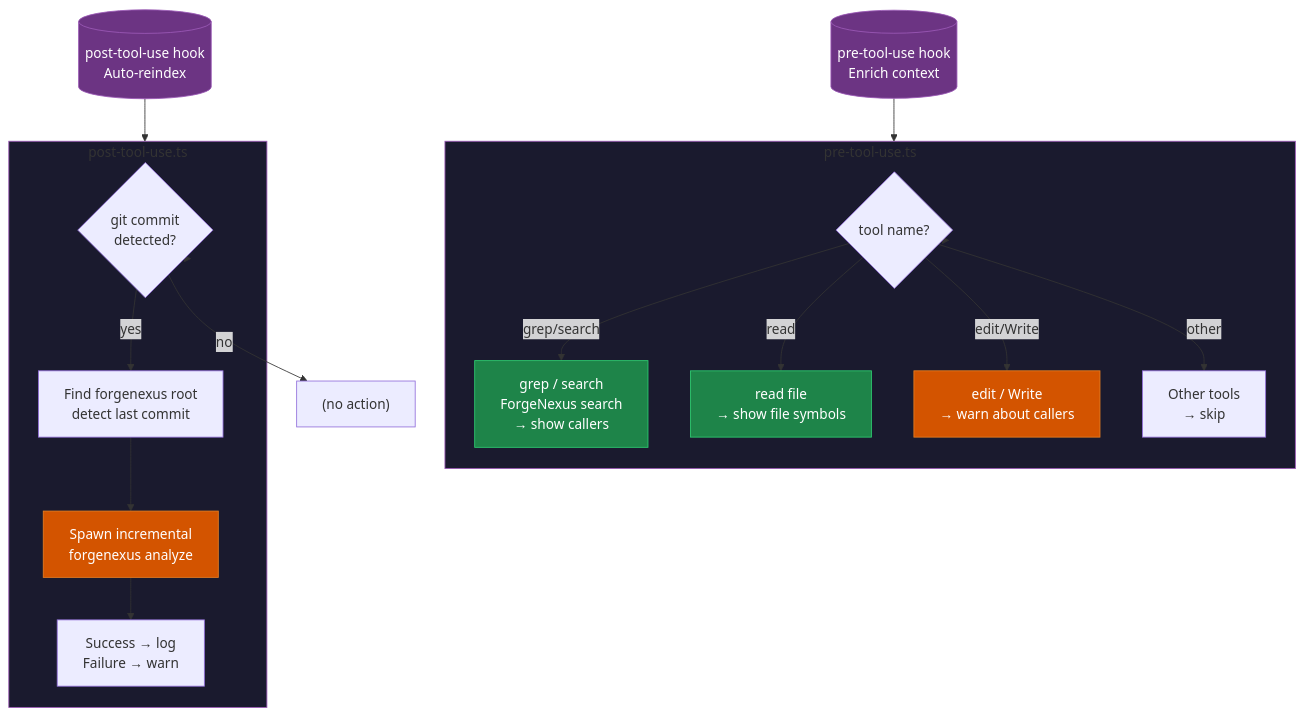
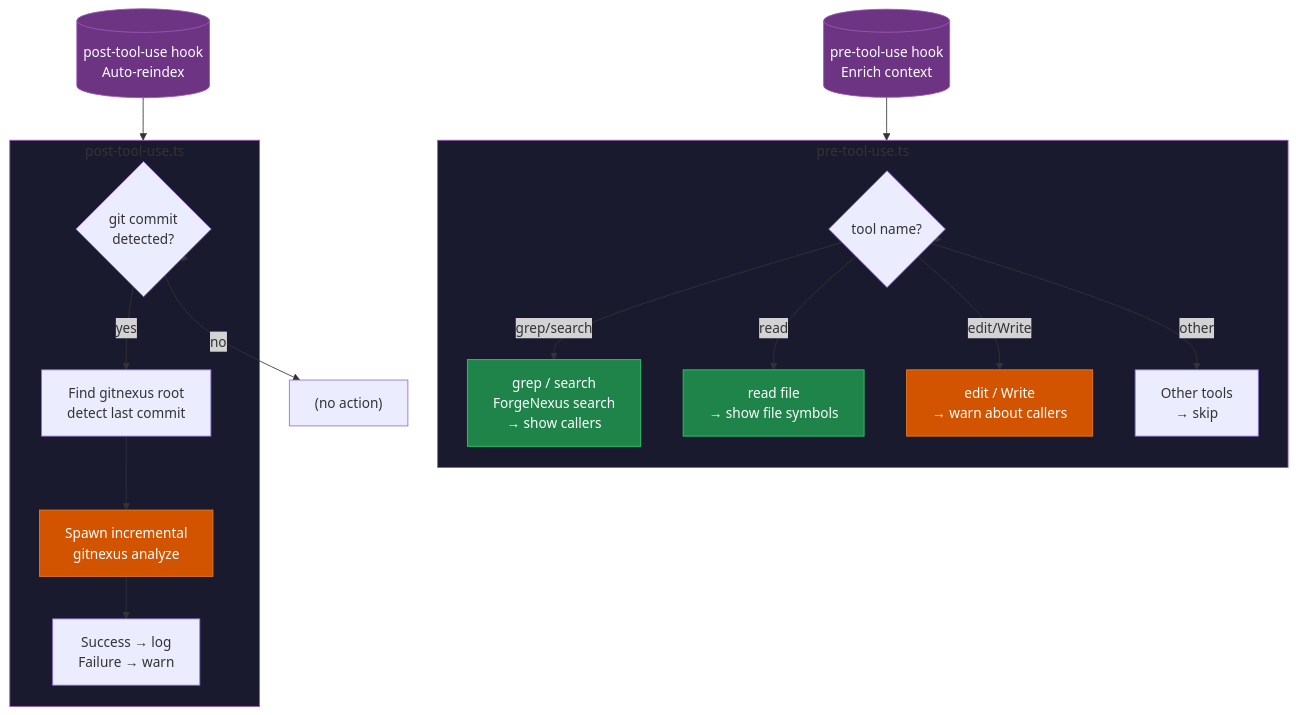
One commit to buiphucminhtam/forgewright changed diagram 13 of 15 in README.vi.md. Above: the diagram before and after it, drawn with Mermaid. The commit also changed other lines of this file and 10 other files, not shown here.

````diff
--- a/README.vi.md
+++ b/README.vi.md
@@ -635,41 +635,41 @@
 ```mermaid
 flowchart TD
     HOOK_PRE[("pre-tool-use hook<br/>Enrich context")]
     HOOK_POST[("post-tool-use hook<br/>Auto-reindex")]
 
     subgraph PRE_HOOK["pre-tool-use.ts"]
         T1{"tool name?"}
         T_GREP["grep / search<br/>ForgeNexus search<br/>→ show callers"]
         T_READ["read file<br/>→ show file symbols"]
         T_EDIT["edit / Write<br/>→ warn about callers"]
         T_SKIP["Other tools<br/>→ skip"]
     end
 
     subgraph POST_HOOK["post-tool-use.ts"]
         G1{"git commit<br/>detected?"}
-        G2["Find forgenexus root<br/>detect last commit"]
-        G3["Spawn incremental<br/>forgenexus analyze"]
+        G2["Find gitnexus root<br/>detect last commit"]
+        G3["Spawn incremental<br/>gitnexus analyze"]
         G4["Success → log<br/>Failure → warn"]
     end
 
     HOOK_PRE --> PRE_HOOK
     PRE_HOOK --> T1
     T1 --> |"grep/search"| T_GREP
     T1 --> |"read"| T_READ
     T1 --> |"edit/Write"| T_EDIT
     T1 --> |"other"| T_SKIP
 
     HOOK_POST --> POST_HOOK
     POST_HOOK --> G1
     G1 --> |"yes"| G2 --> G3 --> G4
     G1 --> |"no"| G_SKIP["(no action)"]
 
     style HOOK_PRE fill:#6c3483,stroke:#9b59b6,color:#fff
     style HOOK_POST fill:#6c3483,stroke:#9b59b6,color:#fff
     style PRE_HOOK fill:#1a1a2e,stroke:#9b59b6
     style POST_HOOK fill:#1a1a2e,stroke:#9b59b6
     style T_GREP fill:#1e8449,stroke:#2ecc71,color:#fff
     style T_READ fill:#1e8449,stroke:#2ecc71,color:#fff
     style T_EDIT fill:#d35400,stroke:#e67e22,color:#fff
     style G3 fill:#d35400,stroke:#e67e22,color:#fff
 ```
````
